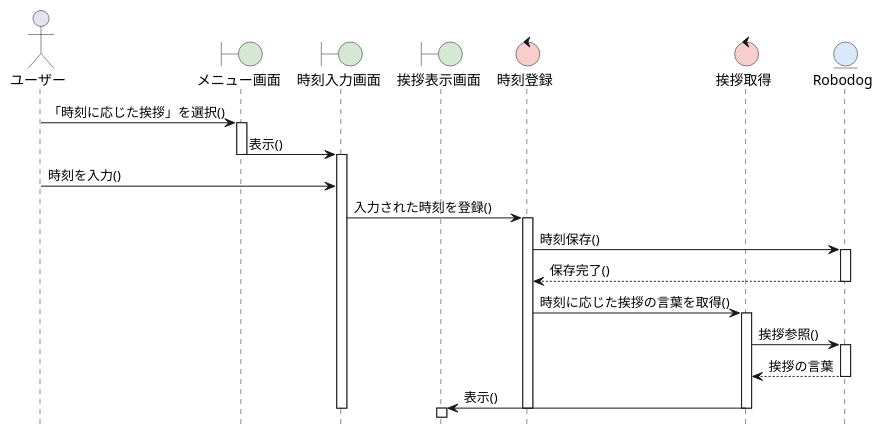
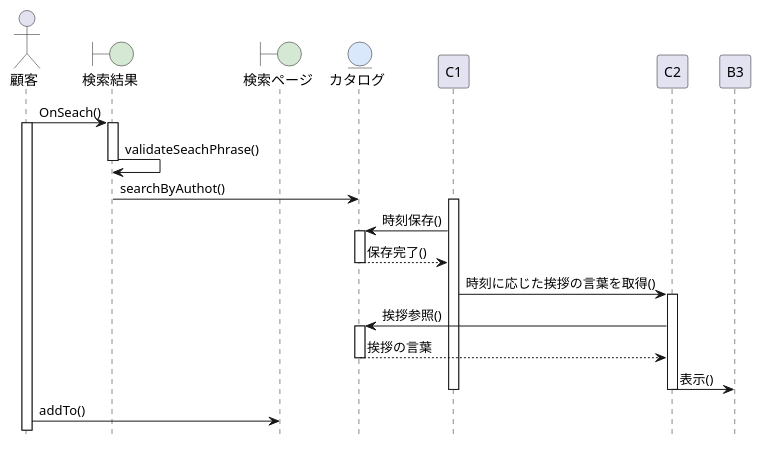
One commit to ogatasyuto/ohara_uml changed the diagram in 06_robo_dog/sequence_02_greeting.pu. Above: the diagram before and after it, drawn with PlantUML. The commit also changed 2 other files, not shown here.

```diff
--- a/06_robo_dog/sequence_02_greeting.pu
+++ b/06_robo_dog/sequence_02_greeting.pu
@@ -1,44 +1,40 @@
 @startuml RoboDogシステム-時刻に応じた挨拶シーケンス図
 hide footbox
 skinparam boundaryBackgroundColor #D5E8D4
-skinparam controlBackgroundColor  #F8CECC
 skinparam entityBackgroundColor   #DAE8FC
 
-actor ユーザー as A
-boundary メニュー画面 as B1
-boundary 時刻入力画面 as B2
-boundary 挨拶表示画面 as B3
-control 時刻登録 as C1
-control 挨拶取得 as C2
-entity Robodog as E
+actor 顧客 as A
+boundary 検索結果  as B1
+boundary 検索ページ as B2
+entity カタログ as E
 
-A -> B1: 「時刻に応じた挨拶」を選択()
+A -> B1: OnSeach()
+activate A
+
 activate B1
+B1 -> B1: validateSeachPhrase()
+deactivate B1
 
-B1 -> B2: 表示()
-deactivate B1
-activate B2
+B1 -> E: searchByAuthot()
 
-A -> B2: 時刻を入力()
 
-B2 -> C1: 入力された時刻を登録()
 activate C1
 C1 -> E: 時刻保存()
 activate E
 E --> C1: 保存完了()
 deactivate E
 
 C1 -> C2: 時刻に応じた挨拶の言葉を取得()
 activate C2
 C2 -> E: 挨拶参照()
 activate E
 E --> C2: 挨拶の言葉
 deactivate E
 
 C2 -> B3: 表示()
 deactivate C2
 deactivate C1
 deactivate B2
-activate B3
 
+A -> B2: addTo()
 @enduml
```
